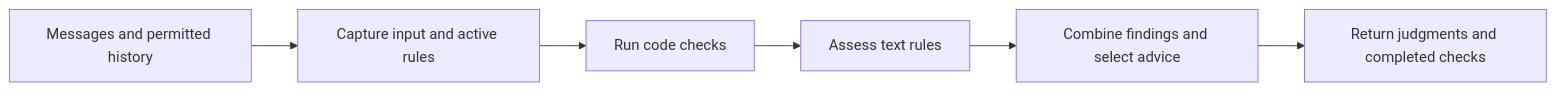
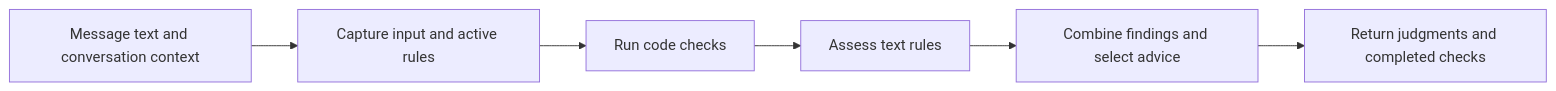
One commit to social-harness/moltzap changed the first of 2 diagrams in packages/social-harness/src/firewall/README.md. Above: the diagram before and after it, drawn with Mermaid. The commit also changed other lines of this file and 5 other files, not shown here.

````diff
--- a/packages/social-harness/src/firewall/README.md
+++ b/packages/social-harness/src/firewall/README.md
@@ -8,8 +9,8 @@
 ```mermaid
 flowchart LR
-  A[Messages and permitted history] --> B[Capture input and active rules]
+  A[Message text and conversation context] --> B[Capture input and active rules]
   B --> C[Run code checks]
   C --> D[Assess text rules]
   D --> E[Combine findings and select advice]
   E --> F[Return judgments and completed checks]
 ```
````
